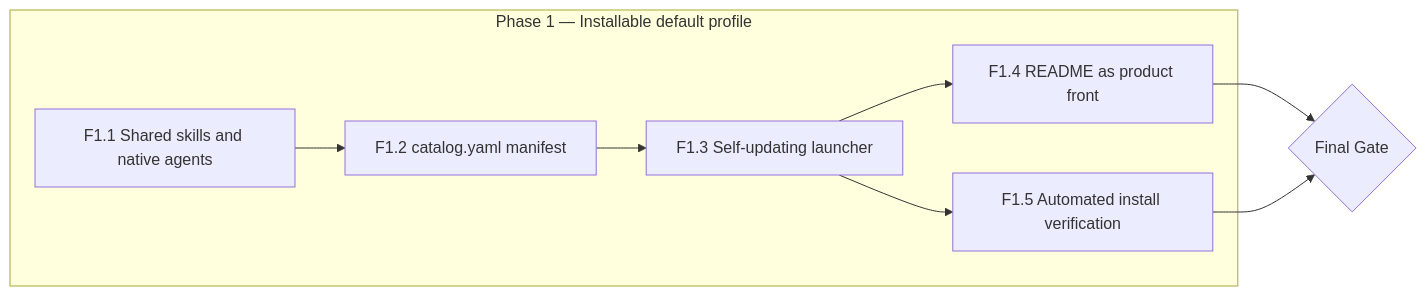
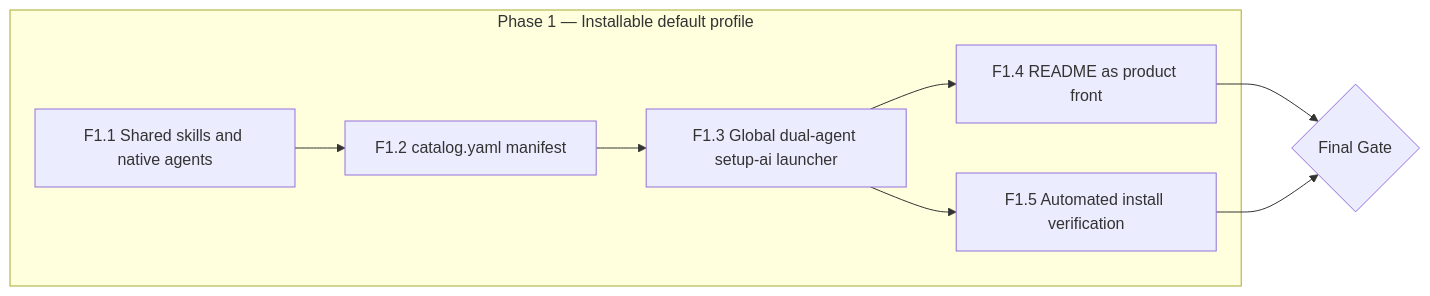
The first of 2 diagrams in specs/roadmap.md (charlstown/my-aisy-toolkit), drawn with Mermaid before and after one commit. The commit also changed other lines of this file and 5 other files, not shown here.

Commit message:
chore: clean setup-ai global launcher specs

````diff
--- a/specs/roadmap.md
+++ b/specs/roadmap.md
@@ -18,17 +18,17 @@
 ```mermaid
 flowchart LR
     subgraph Phase1["Phase 1 — Installable default profile"]
         F1[F1.1 Shared skills and native agents]
         F2[F1.2 catalog.yaml manifest]
-        F3[F1.3 Self-updating launcher]
+        F3[F1.3 Global dual-agent setup-ai launcher]
         F4[F1.4 README as product front]
         F5[F1.5 Automated install verification]
     end
     GateFinal{Final Gate}
     F1 --> F2
     F2 --> F3
     F3 --> F4
     F3 --> F5
     F4 --> GateFinal
     F5 --> GateFinal
 ```
````
